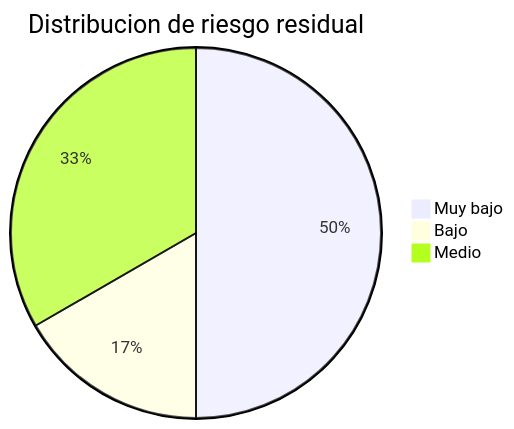
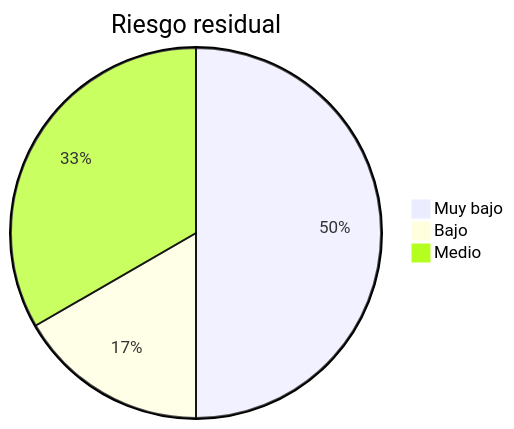
One commit to jorgej-ramos/AAVP changed diagram 12 of 13 in README.md. Above: the diagram before and after it, drawn with Mermaid. The commit also changed other lines of this file, not shown here.

First line of the commit message:
Refactor README structure and update diagrams

````diff
--- a/README.md
+++ b/README.md
@@ -468,6 +408,6 @@
 ```mermaid
-pie title Distribucion de riesgo residual
+pie title Riesgo residual
     "Muy bajo" : 3
     "Bajo" : 1
     "Medio" : 2
 ```
````
